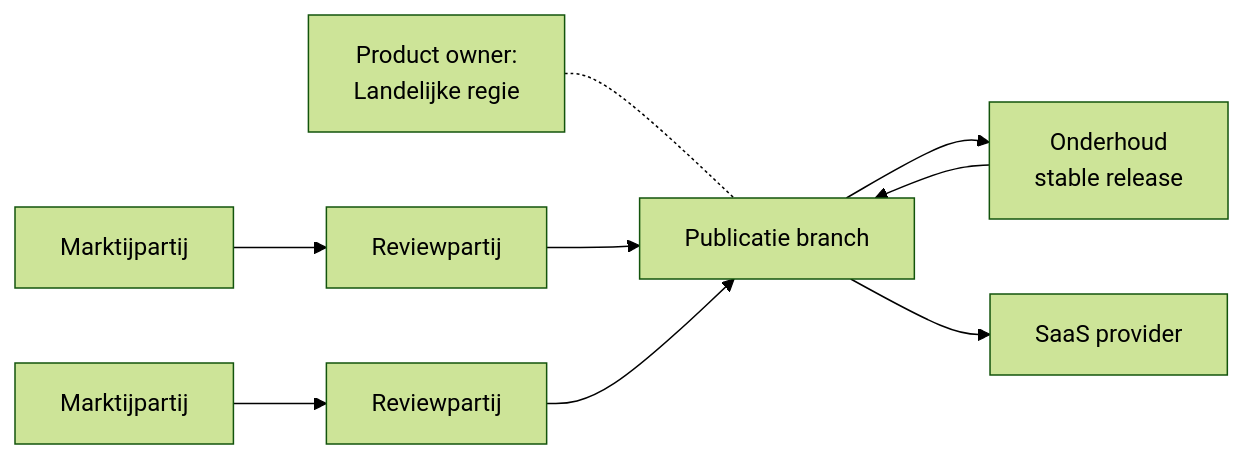
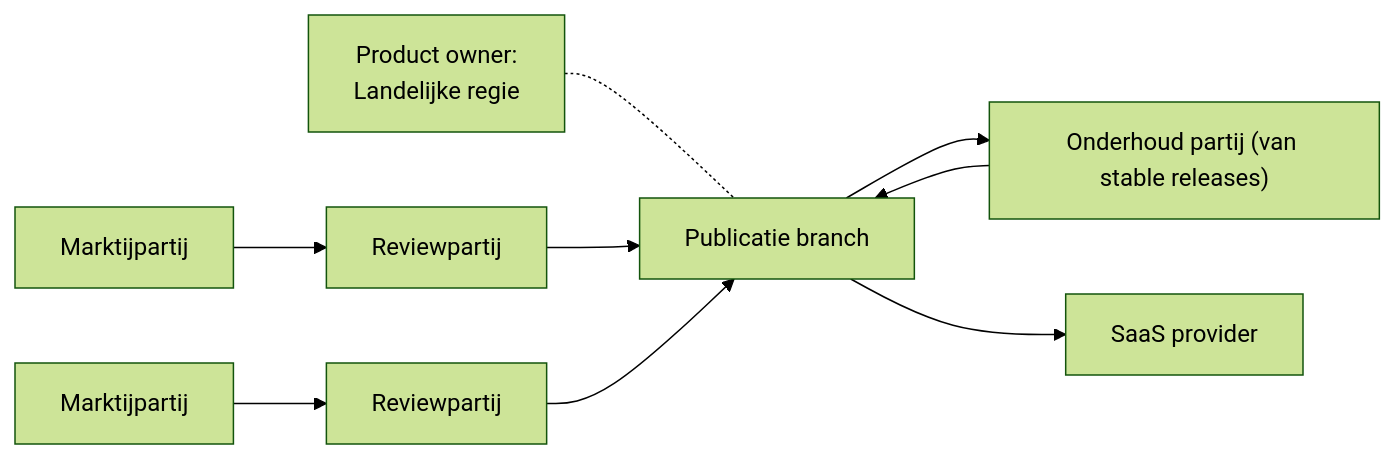
The third of 3 diagrams in stappen-openzaak/openzaak-ecosysteem.md (open-zaak/samenwerken), drawn with Mermaid (forest theme) before and after one commit.

Commit message:
clean up

````diff
--- a/stappen-openzaak/openzaak-ecosysteem.md
+++ b/stappen-openzaak/openzaak-ecosysteem.md
@@ -54,22 +54,22 @@
 ```mermaid
 graph LR
     %% Nodes
     Dev1["Marktijpartij"]
     ReviewP1["Reviewpartij"]
     Dev2["Marktijpartij"]
     Review2["Reviewpartij"]
     Upstream["Publicatie branch"]
     PO["Product owner:<br/>Landelijke regie"]
     SaaS["SaaS provider"]
-    Maint["Onderhoud<br/>stable release"]
+    Maint["Onderhoud partij (van stable releases)"]
 
     %% Connections
     PO -.- Upstream
     Dev1 --> ReviewP1
     ReviewP1 --> Upstream
     Dev2 --> Review2
     Review2 --> Upstream
     Upstream --> Maint
     Maint --> Upstream
     Upstream --> SaaS
 ```
````
